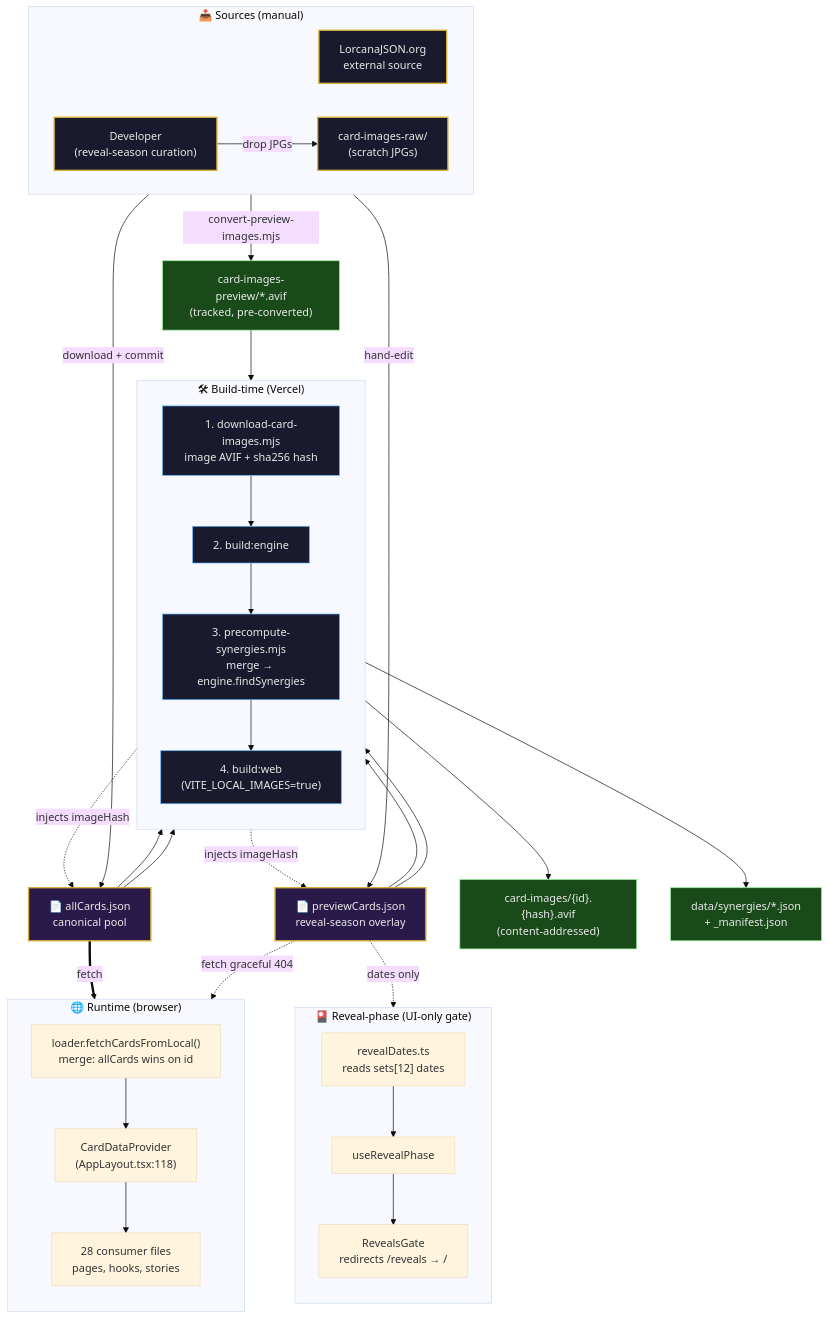
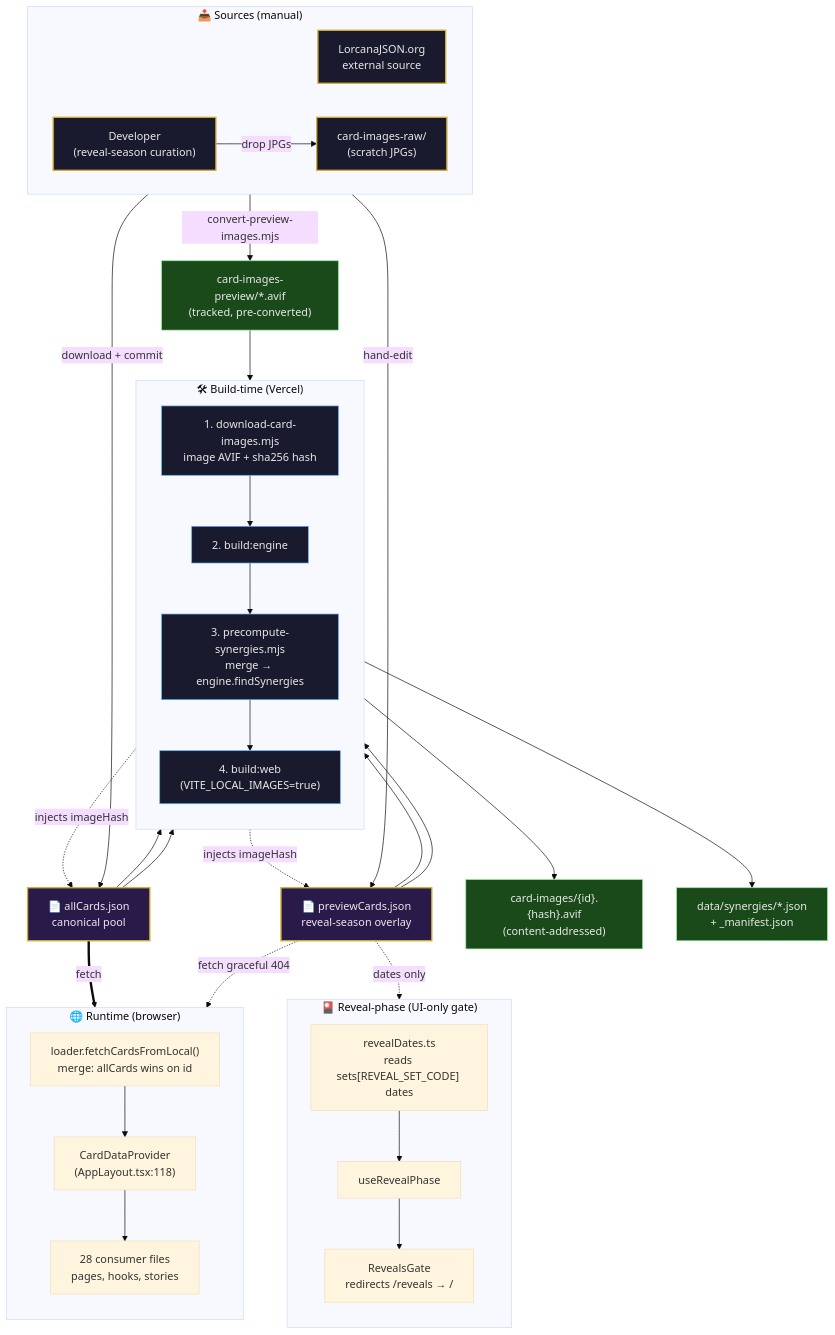
The first of 6 diagrams in docs/CARD_DATA_PIPELINE.md (Doberjohn/inkweave), drawn with Mermaid (base theme) before and after one commit. The commit also changed other lines of this file and 77 other files, not shown here.

First line of the commit message:
feat(reveals): start Set 14 (Hyperia City) reveal season (#564)

````diff
--- a/docs/CARD_DATA_PIPELINE.md
+++ b/docs/CARD_DATA_PIPELINE.md
@@ -52,68 +52,68 @@
 ```mermaid
 flowchart TB
     subgraph Sources["📥 Sources (manual)"]
         direction LR
         Ext["LorcanaJSON.org<br/>external source"]
         Dev["Developer<br/>(reveal-season curation)"]
         Raw["card-images-raw/<br/>(scratch JPGs)"]
     end
 
     All["📄 allCards.json<br/>canonical pool"]
     Prev["📄 previewCards.json<br/>reveal-season overlay"]
     Avifs["card-images-preview/*.avif<br/>(tracked, pre-converted)"]
 
     Ext -->|download + commit| All
     Dev -->|hand-edit| Prev
     Dev -->|drop JPGs| Raw
     Raw -->|convert-preview-images.mjs| Avifs
 
     subgraph Build["🛠 Build-time (Vercel)"]
         direction TB
         DL["1. download-card-images.mjs<br/>image AVIF + sha256 hash"]
         BE["2. build:engine"]
         PC["3. precompute-synergies.mjs<br/>merge → engine.findSynergies"]
         BW["4. build:web<br/>(VITE_LOCAL_IMAGES=true)"]
         DL --> BE --> PC --> BW
     end
 
     All --> DL
     Prev --> DL
     Avifs --> DL
     DL -.injects imageHash.-> All
     DL -.injects imageHash.-> Prev
     All --> PC
     Prev --> PC
     DL --> Hashed["card-images/{id}.{hash}.avif<br/>(content-addressed)"]
     PC --> Syn["data/synergies/*.json<br/>+ _manifest.json"]
 
     subgraph Runtime["🌐 Runtime (browser)"]
         direction TB
         Fetch["loader.fetchCardsFromLocal()<br/>merge: allCards wins on id"]
         Provider["CardDataProvider<br/>(AppLayout.tsx:118)"]
         Consumers["28 consumer files<br/>pages, hooks, stories"]
         Fetch --> Provider --> Consumers
     end
 
     All ==>|fetch| Fetch
     Prev -.->|fetch graceful 404| Fetch
 
     subgraph Reveals["🎴 Reveal-phase (UI-only gate)"]
         direction TB
-        RD["revealDates.ts<br/>reads sets[12] dates"]
+        RD["revealDates.ts<br/>reads sets[REVEAL_SET_CODE] dates"]
         Phase["useRevealPhase"]
         Gate["RevealsGate<br/>redirects /reveals → /"]
         RD --> Phase --> Gate
     end
 
     Prev -.->|dates only| RD
 
     classDef src fill:#1a1a2e,stroke:#d4af37,color:#e8e8e8,stroke-width:2px
     classDef json fill:#2a1a4a,stroke:#d4af37,color:#e8e8e8,stroke-width:2px
     classDef out fill:#1a4a1a,stroke:#90ee90,color:#e8e8e8
     classDef step fill:#1a1a2e,stroke:#5cb1ff,color:#e8e8e8
 
     class Ext,Dev,Raw src
     class All,Prev json
     class Hashed,Syn,Avifs out
     class DL,BE,PC,BW step
 ```
````
